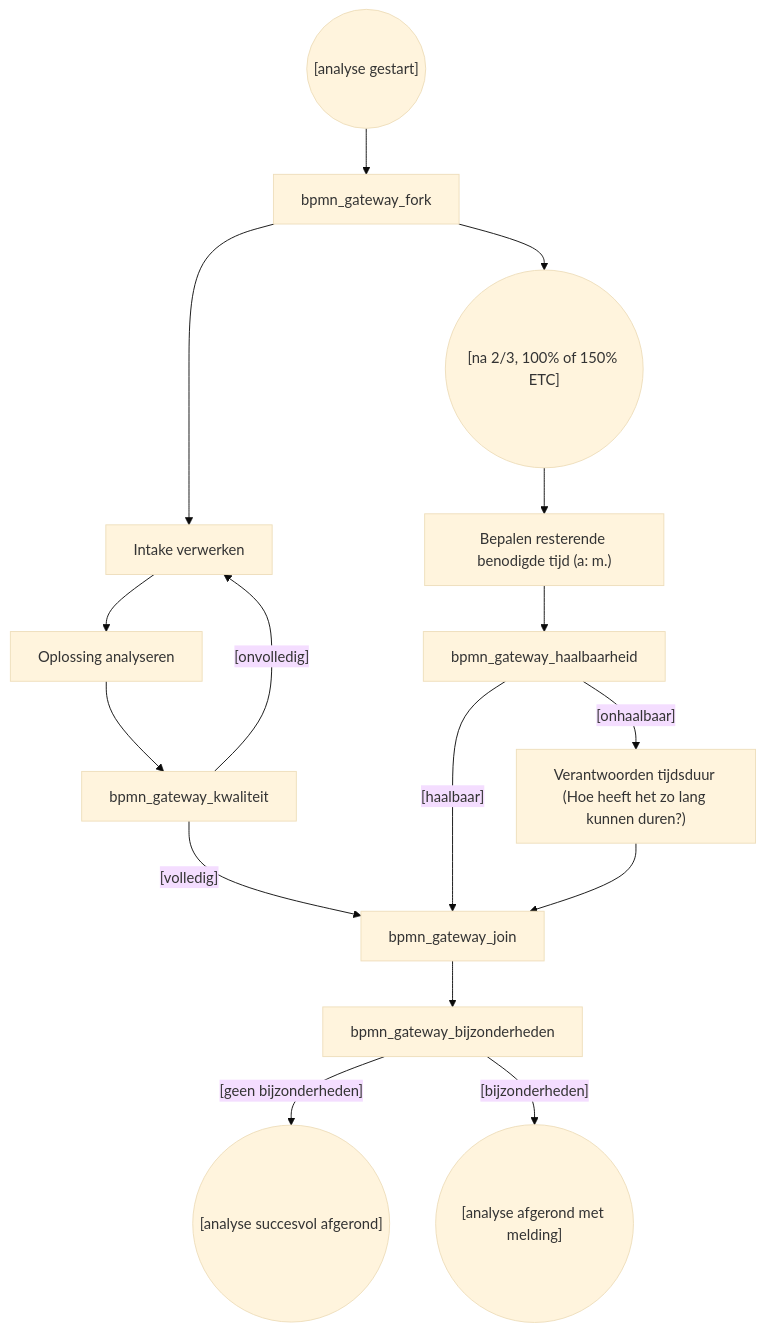
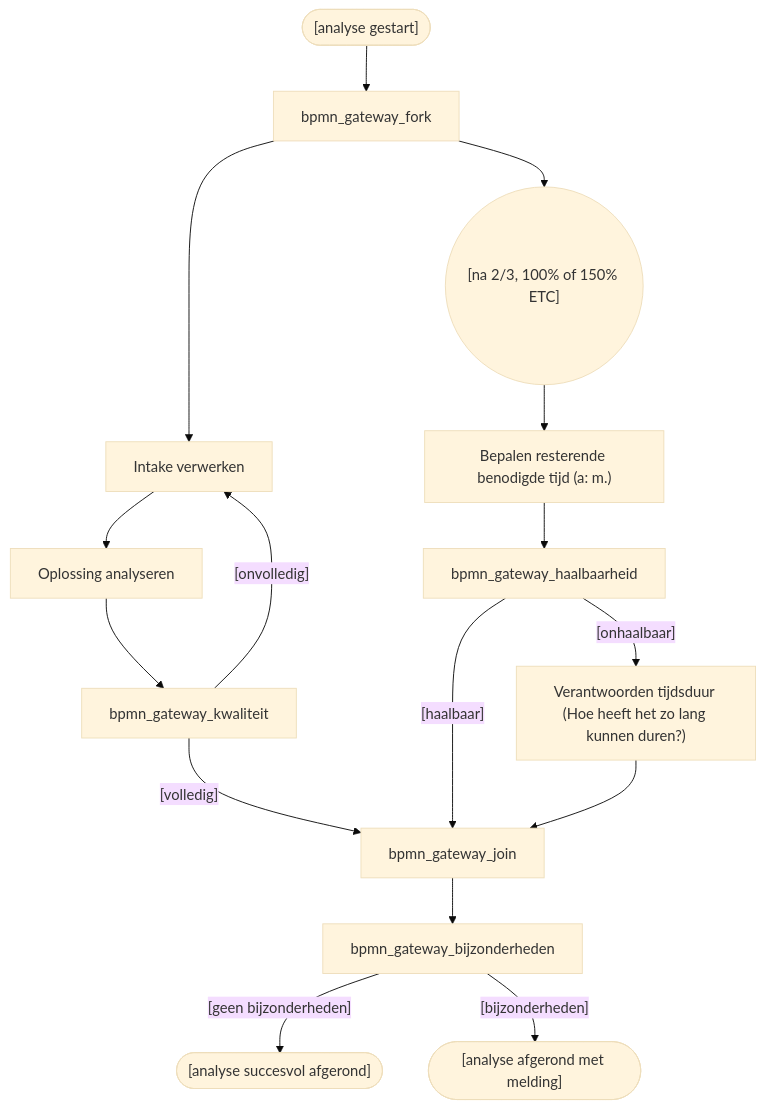
One commit to Zaibatsu89/IssueTracker changed the diagram in 3 Issue Tracker analyse.mermaid. Above: the diagram before and after it, drawn with Mermaid (base theme). The commit also changed 12 other files, not shown here.

Commit message:
Added support for both BPMN and standard flowchart shapes

```diff
--- a/3 Issue Tracker analyse.mermaid
+++ b/3 Issue Tracker analyse.mermaid
@@ -1,24 +1,24 @@
-graph TD
-    bpmn_start_event(("[analyse gestart]"))
+flowchart TD
+    bpmn_start_event(["[analyse gestart]"])
     bpmn_task_intake["Intake verwerken"]
     bpmn_task_oplossing["Oplossing analyseren"]
     bpmn_event_etc(("[na 2/3, 100% of 150% ETC]"))
     bpmn_task_inschatting["Bepalen resterende benodigde tijd (a: m.)"]
     bpmn_task_verantwoording["Verantwoorden tijdsduur (Hoe heeft het zo lang kunnen duren?)"]
-    bpmn_end_regulier(("[analyse succesvol afgerond]"))
-    bpmn_end_bijzonderheden(("[analyse afgerond met melding]"))
+    bpmn_end_regulier(["[analyse succesvol afgerond]"])
+    bpmn_end_bijzonderheden(["[analyse afgerond met melding]"])
     bpmn_gateway_kwaliteit -->|"[onvolledig]"| bpmn_task_intake
     bpmn_gateway_kwaliteit -->|"[volledig]"| bpmn_gateway_join
     bpmn_gateway_haalbaarheid -->|"[haalbaar]"| bpmn_gateway_join
     bpmn_gateway_haalbaarheid -->|"[onhaalbaar]"| bpmn_task_verantwoording
     bpmn_gateway_bijzonderheden -->|"[geen bijzonderheden]"| bpmn_end_regulier
     bpmn_gateway_bijzonderheden -->|"[bijzonderheden]"| bpmn_end_bijzonderheden
     bpmn_start_event --> bpmn_gateway_fork
     bpmn_gateway_fork --> bpmn_task_intake
     bpmn_gateway_fork --> bpmn_event_etc
     bpmn_task_intake --> bpmn_task_oplossing
     bpmn_task_oplossing --> bpmn_gateway_kwaliteit
     bpmn_event_etc --> bpmn_task_inschatting
     bpmn_task_inschatting --> bpmn_gateway_haalbaarheid
     bpmn_task_verantwoording --> bpmn_gateway_join
     bpmn_gateway_join --> bpmn_gateway_bijzonderheden
```
